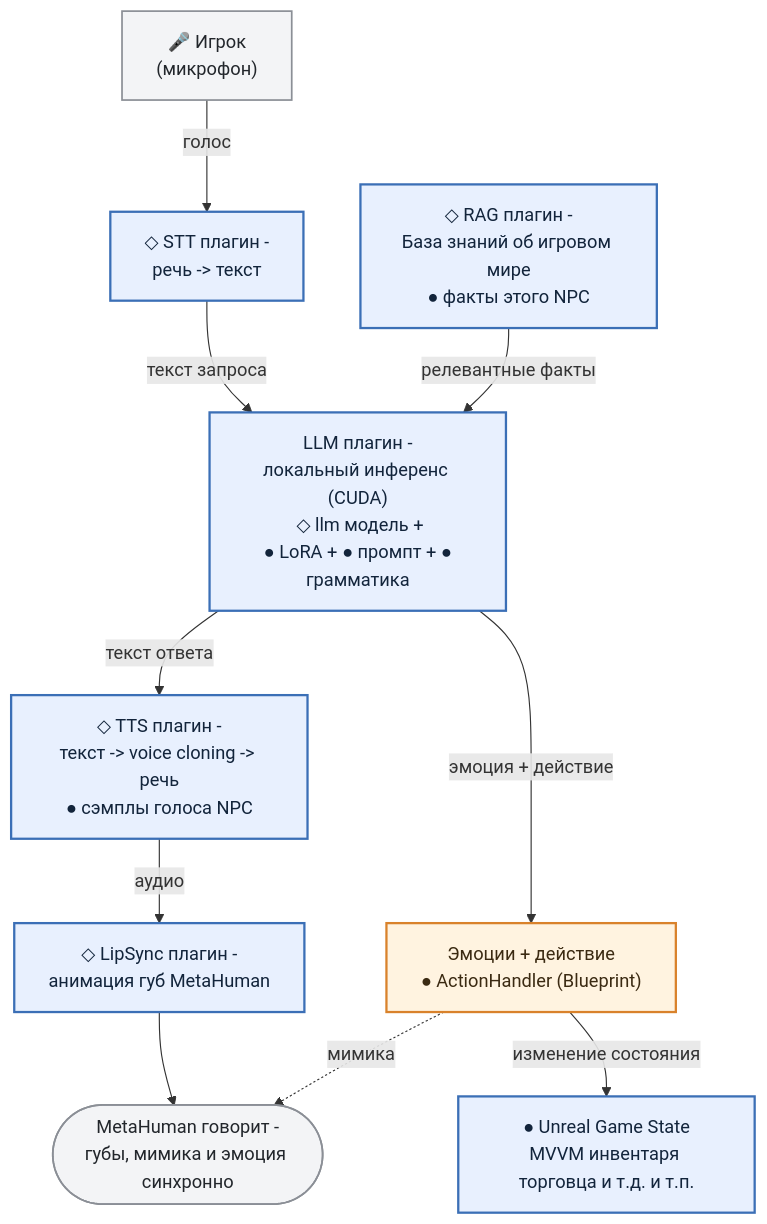
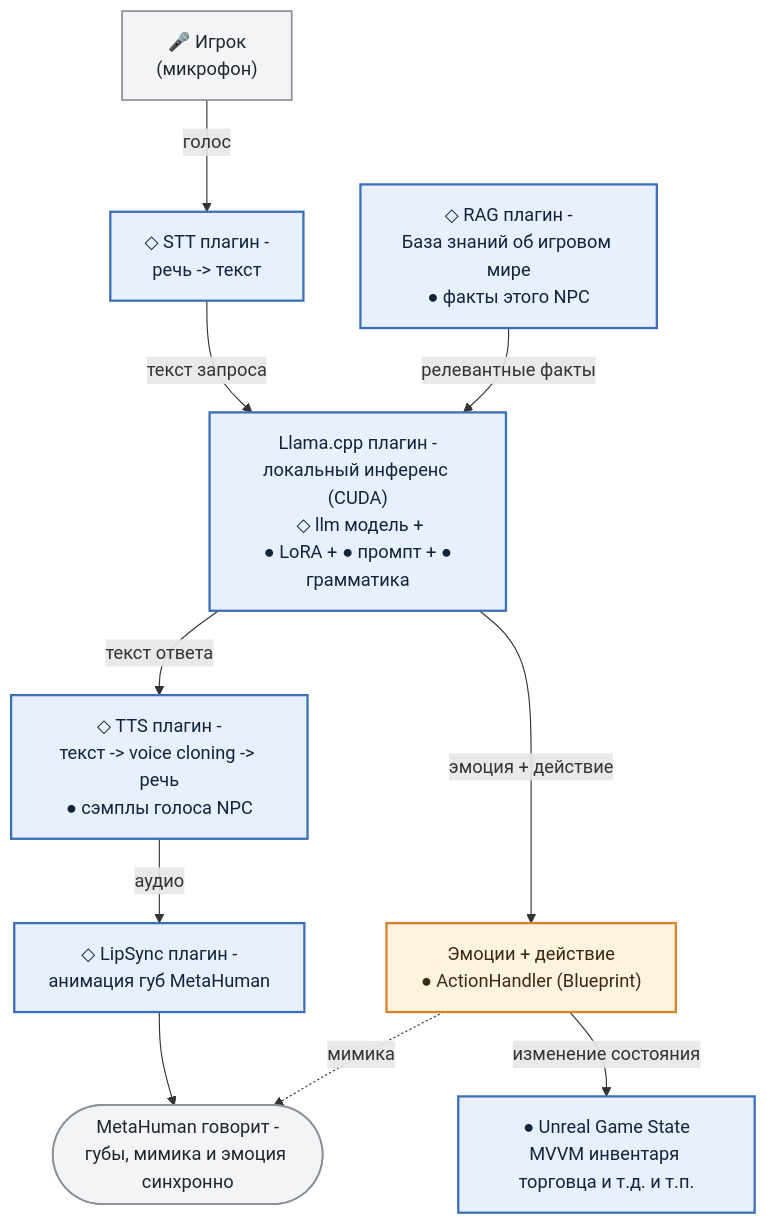
The diagram in docs/parts/section-01-overview.md (MimusTriurus/ullama_demo), drawn with Mermaid before and after one commit. The commit also changed other lines of this file and 2 other files, not shown here.

````diff
--- a/docs/parts/section-01-overview.md
+++ b/docs/parts/section-01-overview.md
@@ -29,30 +29,30 @@
 ```mermaid
 flowchart TD
     Player["🎤 Игрок<br/>(микрофон)"]
     STT["◇ STT плагин -<br/>речь -> текст"]
     KB["◇ RAG плагин -<br/>База знаний об игровом мире<br/>● факты этого NPC"]
-    LLM["LLM плагин -<br/>локальный инференс (CUDA)<br/> ◇ llm модель +<br/> ● LoRA + ● промпт + ● грамматика"]
+    LLM["Llama.cpp плагин -<br/>локальный инференс (CUDA)<br/> ◇ llm модель +<br/> ● LoRA + ● промпт + ● грамматика"]
     TTS["◇ TTS плагин -<br/>текст -> voice cloning -> речь<br/>● сэмплы голоса NPC"]
     ACT["Эмоции + действие<br/>● ActionHandler (Blueprint)"]
     LS["◇ LipSync плагин -<br/>анимация губ MetaHuman"]
     UI["● Unreal Game State<br/>MVVM инвентаря торговца и т.д. и т.п."]
     OUT(["MetaHuman говорит -<br/>губы, мимика и эмоция синхронно"])
 
     Player -- голос --> STT
     STT -- текст запроса --> LLM
     KB -- релевантные факты --> LLM
     LLM -- текст ответа --> TTS
     LLM -- "эмоция + действие" --> ACT
     TTS -- аудио --> LS
     ACT -- изменение состояния --> UI
     LS --> OUT
     ACT -. мимика .-> OUT
 
     classDef frame fill:#e8f0fe,stroke:#3b6fb6,stroke-width:2px,color:#12243b
     classDef swap fill:#fff3e0,stroke:#d9822b,stroke-width:2px,color:#3b2a12
     classDef edge fill:#f3f4f6,stroke:#8b8f96,stroke-width:1.5px,color:#22262b
 
     class STT,KB,LLM,TTS,LS,UI frame
     class ACT swap
     class Player,OUT edge
 ```
````
